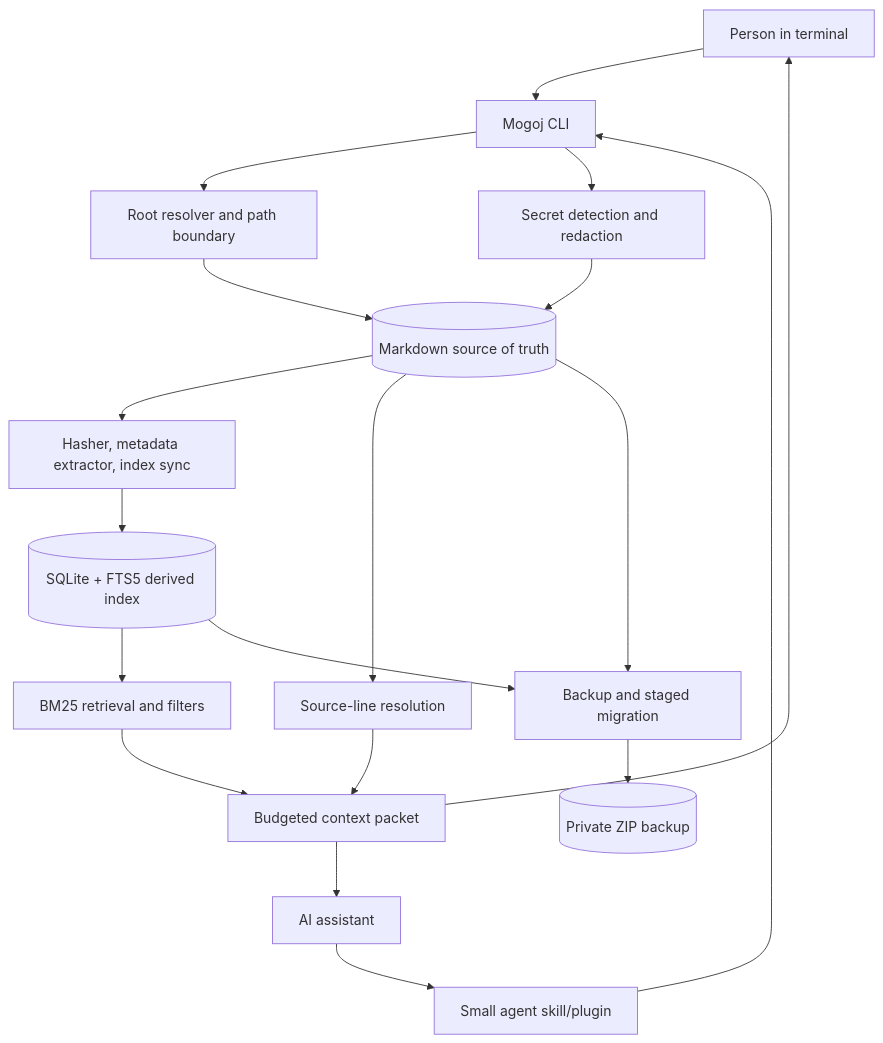
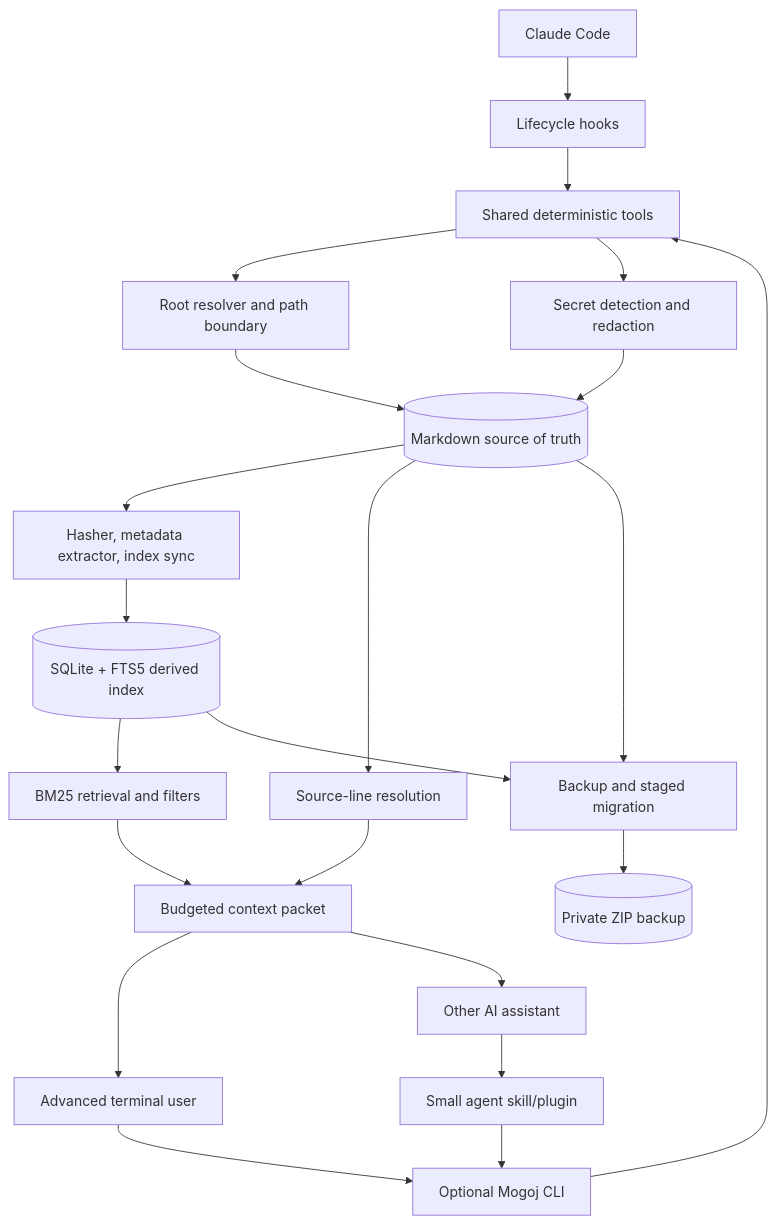
The diagram in docs/architecture.md (Base13-Labs/mogoj), drawn with Mermaid before and after one commit. The commit also changed other lines of this file and 18 other files, not shown here.

Commit message:
feat: add automatic Claude Code memory

````diff
--- a/docs/architecture.md
+++ b/docs/architecture.md
@@ -101,24 +102,27 @@
 ```mermaid
 flowchart TD
-    Human[Person in terminal] --> CLI[Mogoj CLI]
-    Agent[AI assistant] --> Adapter[Small agent skill/plugin]
+    Claude[Claude Code] --> Hooks[Lifecycle hooks]
+    Agent[Other AI assistant] --> Adapter[Small agent skill/plugin]
+    Human[Advanced terminal user] --> CLI[Optional Mogoj CLI]
+    Hooks --> Engine[Shared deterministic tools]
     Adapter --> CLI
+    CLI --> Engine
 
-    CLI --> Root[Root resolver and path boundary]
-    CLI --> Secrets[Secret detection and redaction]
+    Engine --> Root[Root resolver and path boundary]
+    Engine --> Secrets[Secret detection and redaction]
     Root --> Markdown[(Markdown source of truth)]
     Secrets --> Markdown
 
     Markdown --> Sync[Hasher, metadata extractor, index sync]
     Sync --> SQLite[(SQLite + FTS5 derived index)]
     SQLite --> Rank[BM25 retrieval and filters]
     Markdown --> Cite[Source-line resolution]
     Rank --> Packet[Budgeted context packet]
     Cite --> Packet
     Packet --> Human
     Packet --> Agent
 
     Markdown --> Migration[Backup and staged migration]
     SQLite --> Migration
     Migration --> Backup[(Private ZIP backup)]
 ```
````
